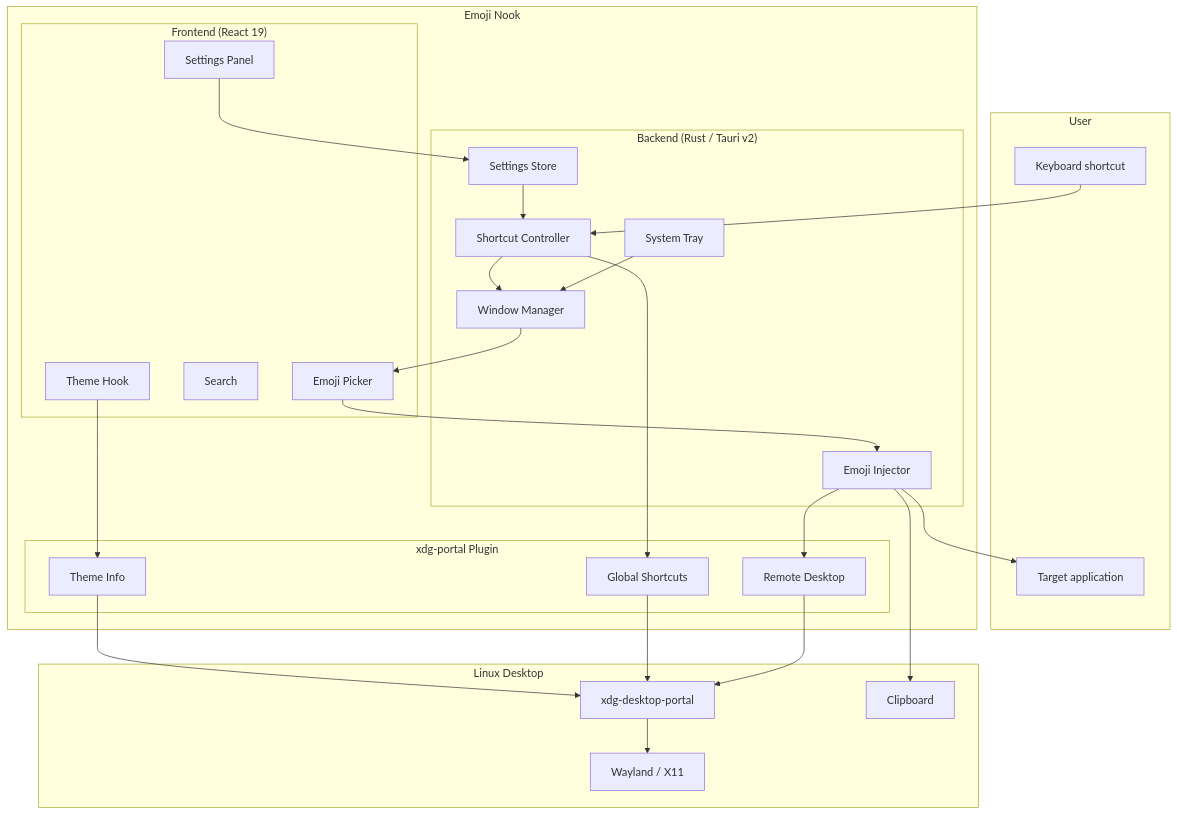
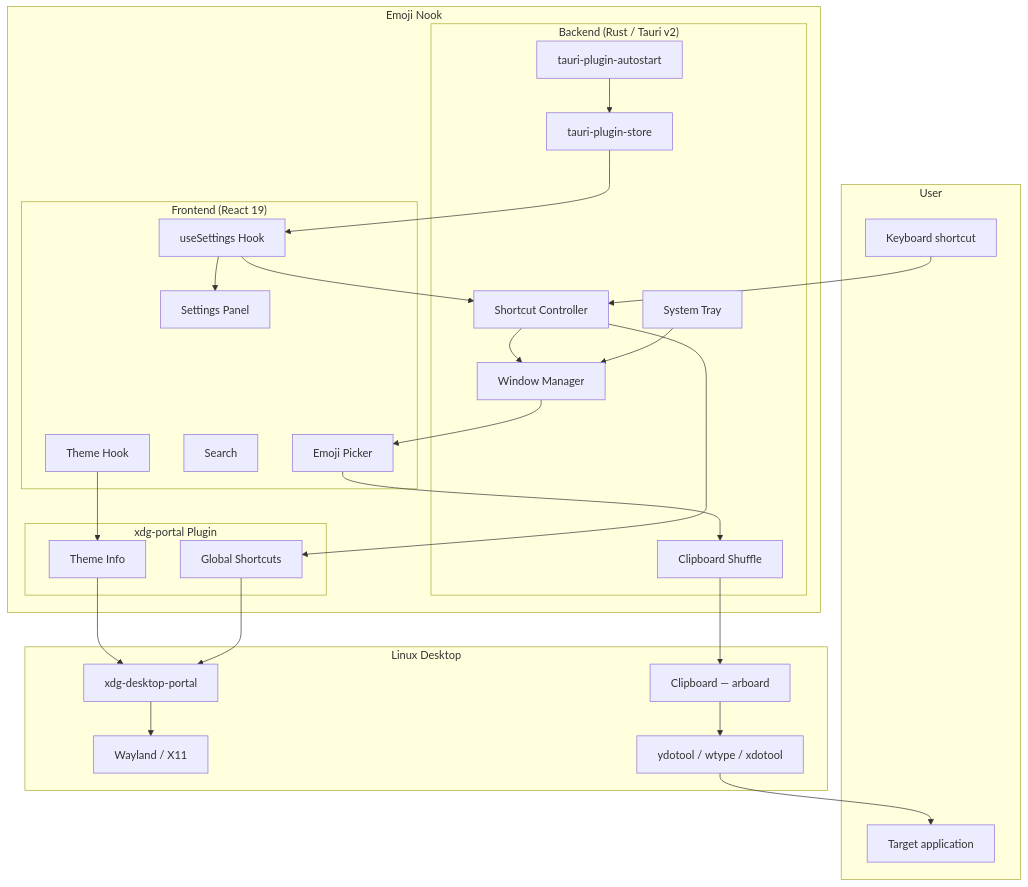
One commit to liminal-hq/emoji-nook changed the first of 10 diagrams in docs/architecture.md. Above: the diagram before and after it, drawn with Mermaid. The commit also changed other lines of this file and 6 other files, not shown here.

First line of the commit message:
docs: update architecture and add animated SVG diagrams

````diff
--- a/docs/architecture.md
+++ b/docs/architecture.md
@@ -9,53 +13,56 @@
 ```mermaid
 graph TB
     subgraph User
         KB[Keyboard shortcut]
         APP[Target application]
     end
 
     subgraph EmojiNook["Emoji Nook"]
         subgraph Frontend["Frontend (React 19)"]
             Picker[Emoji Picker]
             Search[Search]
             Theme[Theme Hook]
             Settings[Settings Panel]
+            SettingsHook[useSettings Hook]
         end
 
         subgraph Backend["Backend (Rust / Tauri v2)"]
             WM[Window Manager]
             SC[Shortcut Controller]
-            INJ[Emoji Injector]
+            INJ[Clipboard Shuffle]
             Tray[System Tray]
-            Store[Settings Store]
+            Store[tauri-plugin-store]
+            Auto[tauri-plugin-autostart]
         end
 
         subgraph Plugin["xdg-portal Plugin"]
             GS[Global Shortcuts]
-            RD[Remote Desktop]
             TH[Theme Info]
         end
     end
 
     subgraph System["Linux Desktop"]
         Portal[xdg-desktop-portal]
         Compositor[Wayland / X11]
-        CB[Clipboard]
+        CB[Clipboard — arboard]
+        Tools[ydotool / wtype / xdotool]
     end
 
     KB --> SC
     SC --> WM
     WM --> Picker
     Picker --> INJ
-    INJ --> APP
+    INJ --> CB
+    CB --> Tools
+    Tools --> APP
     Theme --> TH
     TH --> Portal
     GS --> Portal
-    RD --> Portal
-    INJ --> CB
-    INJ --> RD
     SC --> GS
     Portal --> Compositor
     Tray --> WM
-    Store --> SC
-    Settings --> Store
+    Store --> SettingsHook
+    SettingsHook --> Settings
+    SettingsHook --> SC
+    Auto --> Store
 ```
````
